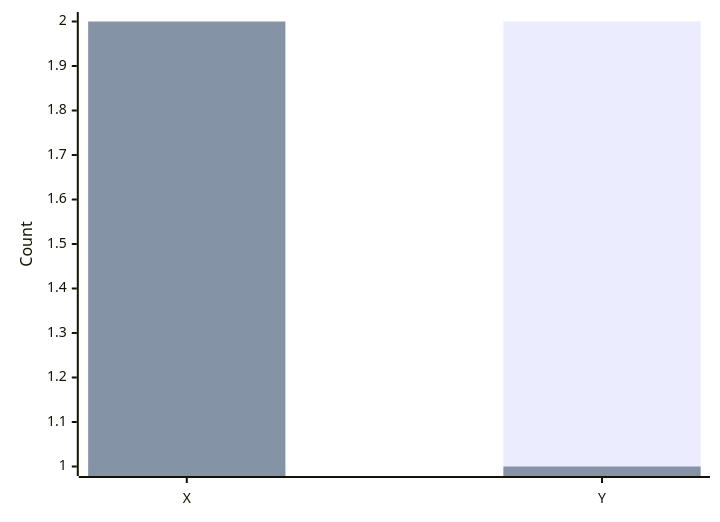
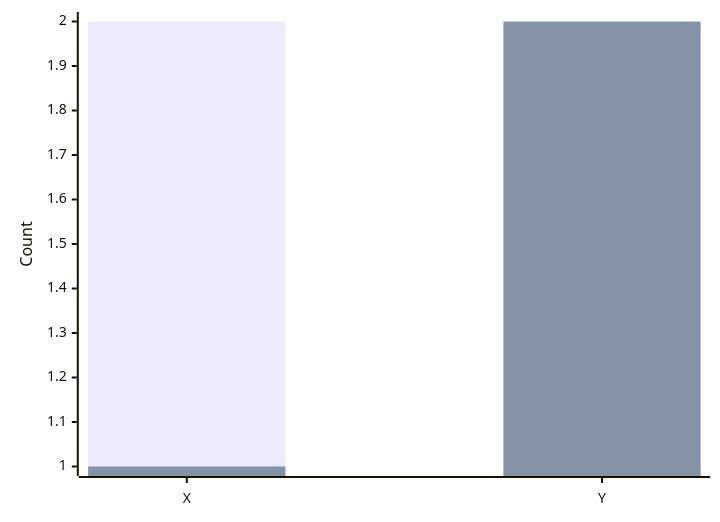
One commit to Excidion/sea-nymph changed the diagram in docs/tests/sea_nymph/countplot/TestHue/test_hue_produces_two_series.md. Above: the diagram before and after it, drawn with Mermaid. The commit also changed other lines of this file and 9 other files, not shown here.

````diff
--- a/docs/tests/sea_nymph/countplot/TestHue/test_hue_produces_two_series.md
+++ b/docs/tests/sea_nymph/countplot/TestHue/test_hue_produces_two_series.md
@@ -1,7 +1,7 @@
 ```mermaid
 xychart-beta
     x-axis [X, Y]
     y-axis "Count"
+    bar [2, 1]
     bar [1, 2]
-    bar [2, 1]
 ```
````
